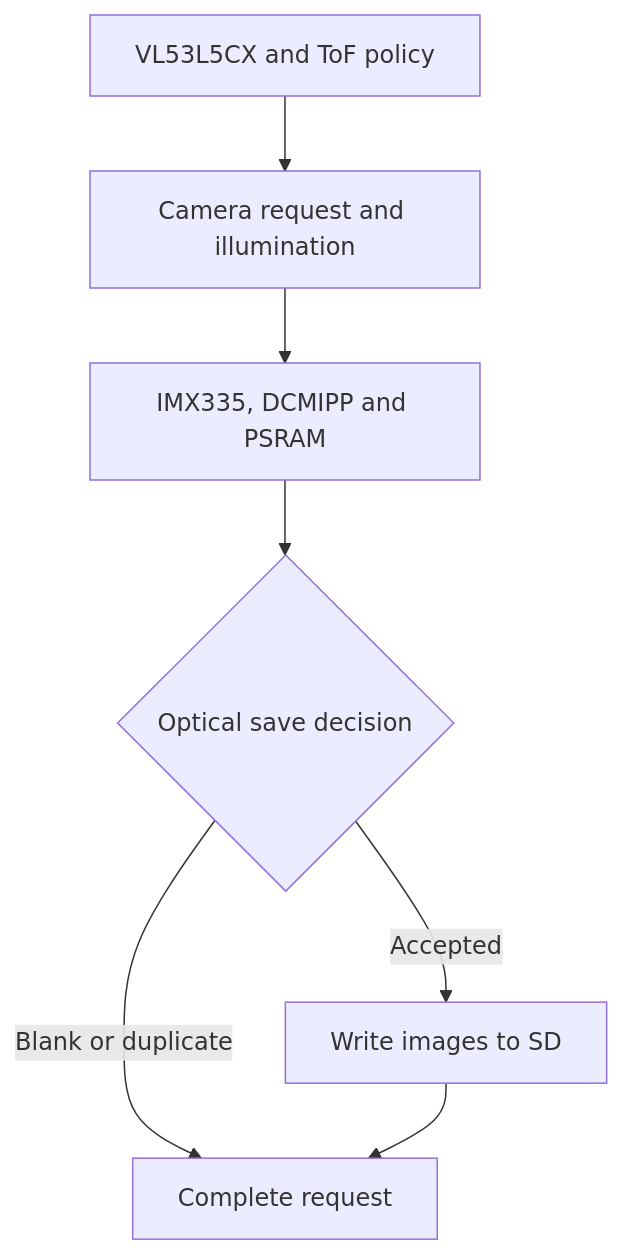
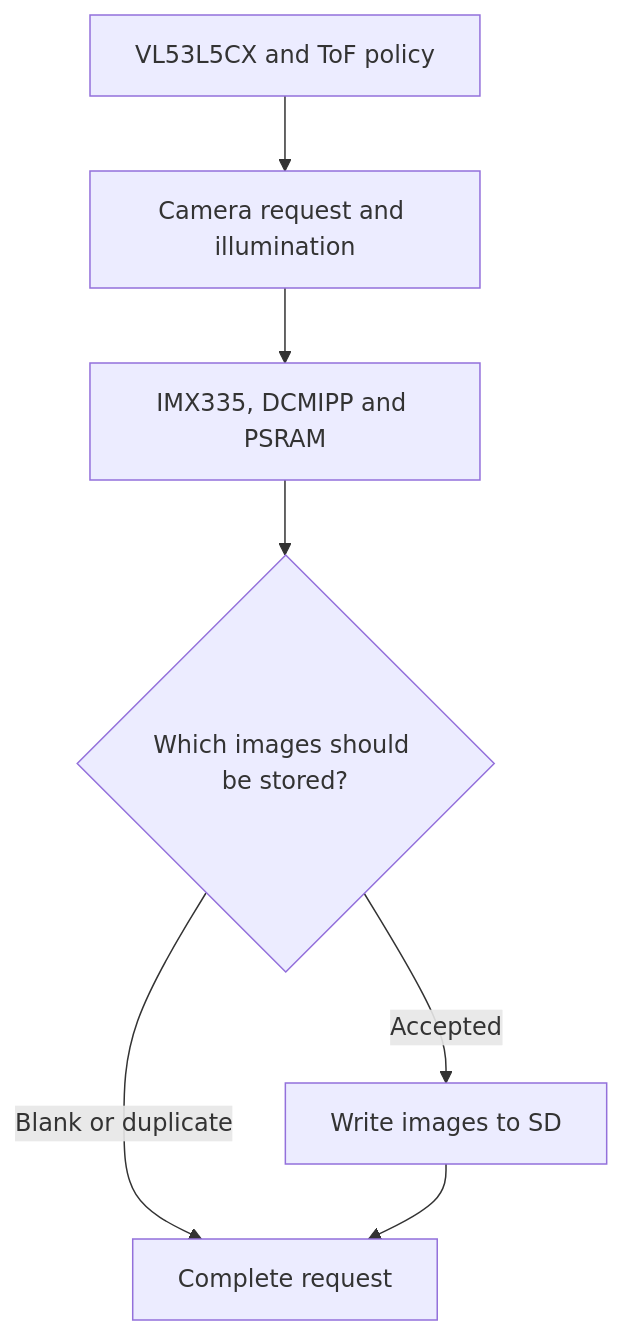
One commit to SSierraAl/STM32N6_Discovery_Camera_ToF_SD changed the first of 2 diagrams in docs/firmware-guide.md. Above: the diagram before and after it, drawn with Mermaid. The commit also changed other lines of this file and 5 other files, not shown here.

````diff
--- a/docs/firmware-guide.md
+++ b/docs/firmware-guide.md
@@ -9,9 +9,9 @@
 ```mermaid
 flowchart TD
     ToF["VL53L5CX and ToF policy"] --> Request["Camera request and illumination"]
     Request --> DMA["IMX335, DCMIPP and PSRAM"]
-    DMA --> Decision{"Optical save decision"}
+    DMA --> Decision{"Which images should be stored?"}
     Decision -->|Accepted| SD["Write images to SD"]
     Decision -->|Blank or duplicate| Resume["Complete request"]
     SD --> Resume
 ```
````
